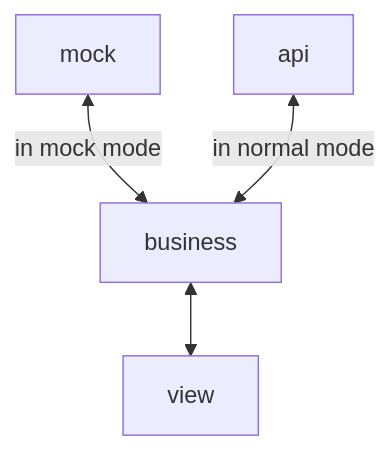
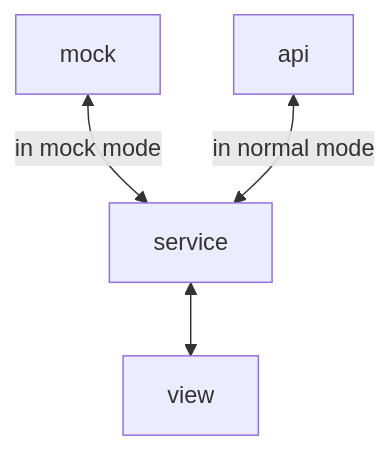
Before and after one commit to niuiic/vue-fusion: the diagram in README.md, drawn with Mermaid. The commit also changed other lines of this file and 8 other files, not shown here.

Commit message:
refactor: business -> service

````diff
--- a/README.md
+++ b/README.md
@@ -123,10 +123,10 @@
 ```mermaid
 flowchart TB
     view
-    business
+    service
     mock
     api
-    business <--> view
-    mock <-- in mock mode --> business
-    api <-- in normal mode --> business
+    service <--> view
+    mock <-- in mock mode --> service
+    api <-- in normal mode --> service
 ```
````
